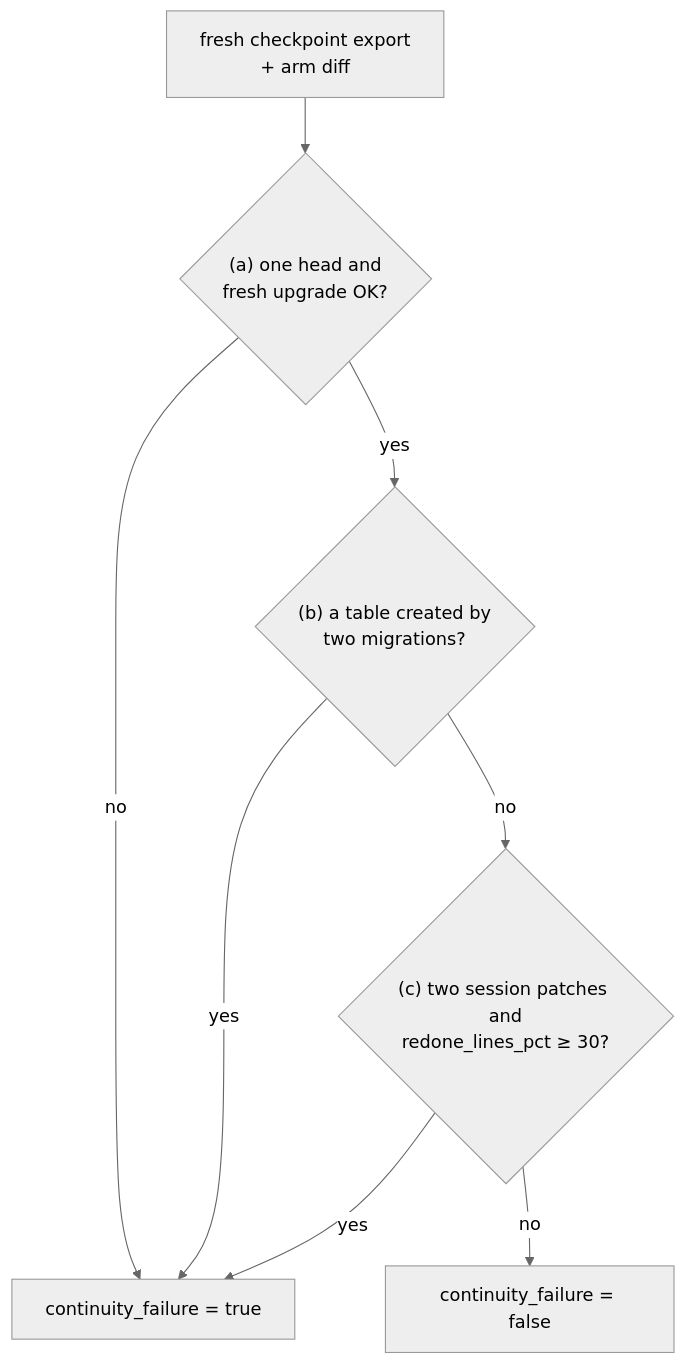
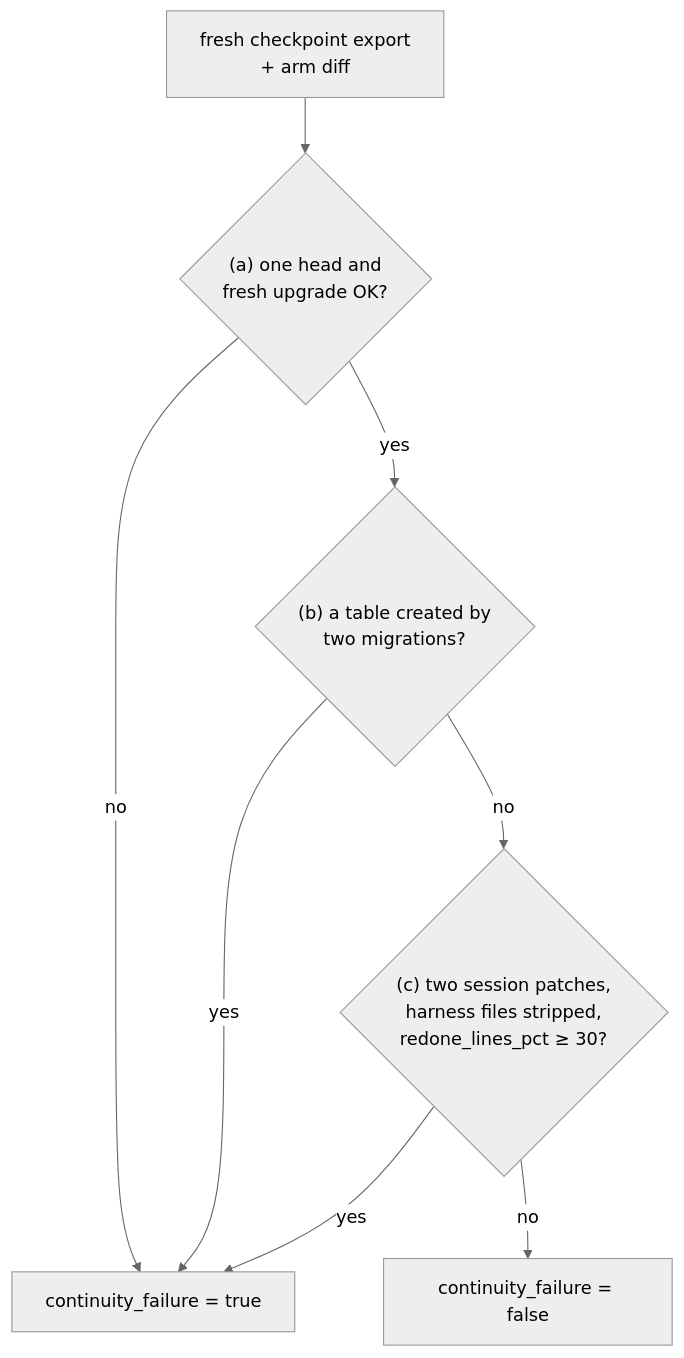
One commit to ANI-IN/shipharness-dev changed the third of 3 diagrams in submodules/02-state-lifecycle/concepts.md. Above: the diagram before and after it, drawn with Mermaid (neutral theme). The commit also changed other lines of this file and 16 other files, not shown here.

````diff
--- a/submodules/02-state-lifecycle/concepts.md
+++ b/submodules/02-state-lifecycle/concepts.md
@@ -317,10 +389,10 @@
 ```mermaid
 flowchart TD
   B["fresh checkpoint export<br/>+ arm diff"] --> A{"(a) one head and<br/>fresh upgrade OK?"}
   A -- no --> F["continuity_failure = true"]
   A -- yes --> D{"(b) a table created by<br/>two migrations?"}
   D -- yes --> F
-  D -- no --> P{"(c) two session patches and<br/>redone_lines_pct ≥ 30?"}
+  D -- no --> P{"(c) two session patches,<br/>harness files stripped,<br/>redone_lines_pct ≥ 30?"}
   P -- yes --> F
   P -- no --> OK["continuity_failure = false"]
 ```
````
